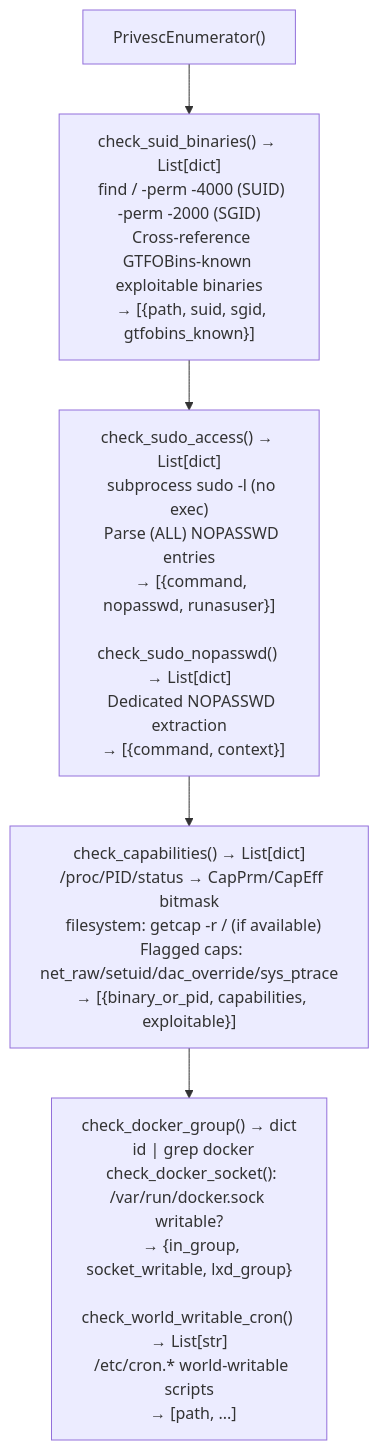
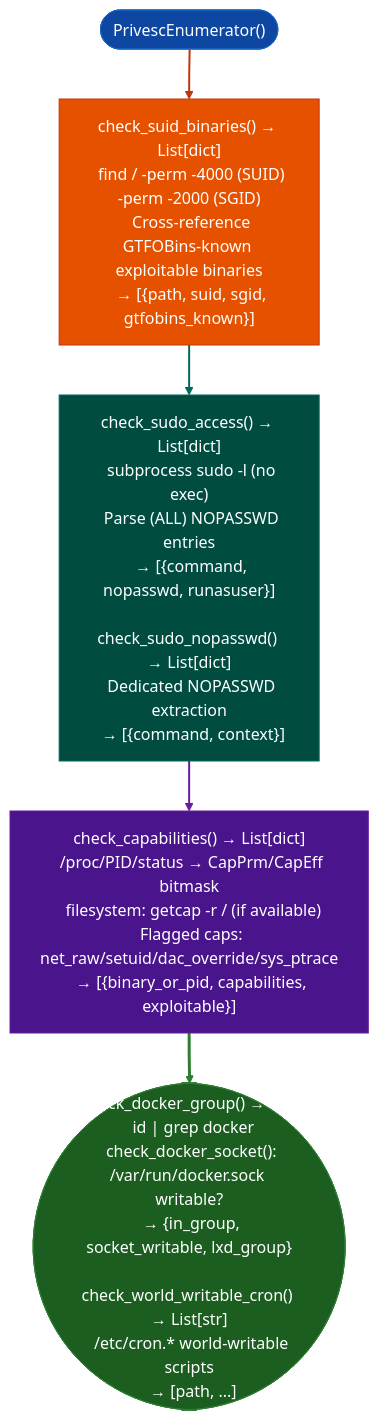
The diagram in docs/reference-modules/linux-privilege-escalation-triage.md (Ablation-Tool/ablation), drawn with Mermaid before and after one commit. The commit also changed 320 other files, not shown here.

First line of the commit message:
docs: apply canonical Mermaid template to all 321 diagrams

````diff
--- a/docs/reference-modules/linux-privilege-escalation-triage.md
+++ b/docs/reference-modules/linux-privilege-escalation-triage.md
@@ -19,7 +19,17 @@
 ```mermaid
 flowchart TD
-    A["PrivescEnumerator()"] --> B["check_suid_binaries() → List[dict]\n  find / -perm -4000 (SUID) -perm -2000 (SGID)\n  Cross-reference GTFOBins-known exploitable binaries\n  → [{path, suid, sgid, gtfobins_known}]"]
-    B --> C["check_sudo_access() → List[dict]\n  subprocess sudo -l (no exec)\n  Parse (ALL) NOPASSWD entries\n  → [{command, nopasswd, runasuser}]\n\ncheck_sudo_nopasswd() → List[dict]\n  Dedicated NOPASSWD extraction\n  → [{command, context}]"]
-    C --> D["check_capabilities() → List[dict]\n  /proc/PID/status → CapPrm/CapEff bitmask\n  filesystem: getcap -r / (if available)\n  Flagged caps: net_raw/setuid/dac_override/sys_ptrace\n  → [{binary_or_pid, capabilities, exploitable}]"]
-    D --> E["check_docker_group() → dict\n  id | grep docker\n  check_docker_socket(): /var/run/docker.sock writable?\n  → {in_group, socket_writable, lxd_group}\n\ncheck_world_writable_cron() → List[str]\n  /etc/cron.* world-writable scripts\n  → [path, ...]"]
+    A(["PrivescEnumerator()"]):::input --> B["check_suid_binaries() → List[dict]\n  find / -perm -4000 (SUID) -perm -2000 (SGID)\n  Cross-reference GTFOBins-known exploitable binaries\n  → [{path, suid, sgid, gtfobins_known}]"]:::primary
+    B:::primary --> C["check_sudo_access() → List[dict]\n  subprocess sudo -l (no exec)\n  Parse (ALL) NOPASSWD entries\n  → [{command, nopasswd, runasuser}]\n\ncheck_sudo_nopasswd() → List[dict]\n  Dedicated NOPASSWD extraction\n  → [{command, context}]"]:::secondary
+    C:::secondary --> D["check_capabilities() → List[dict]\n  /proc/PID/status → CapPrm/CapEff bitmask\n  filesystem: getcap -r / (if available)\n  Flagged caps: net_raw/setuid/dac_override/sys_ptrace\n  → [{binary_or_pid, capabilities, exploitable}]"]:::tertiary
+    D:::tertiary --> E(["check_docker_group() → dict\n  id | grep docker\n  check_docker_socket(): /var/run/docker.sock writable?\n  → {in_group, socket_writable, lxd_group}\n\ncheck_world_writable_cron() → List[str]\n  /etc/cron.* world-writable scripts\n  → [path, ...]"]):::output
+    classDef input     fill:#0d47a1,stroke:#1565c0,color:#fff
+    classDef primary   fill:#e65100,stroke:#bf360c,color:#fff
+    classDef secondary fill:#004d40,stroke:#00695c,color:#fff
+    classDef tertiary  fill:#4a148c,stroke:#6a1b9a,color:#fff
+    classDef neutral   fill:#37474f,stroke:#546e7a,color:#fff
+    classDef output    fill:#1b5e20,stroke:#2e7d32,color:#fff
+    linkStyle 0 stroke:#bf360c,stroke-width:2px
+    linkStyle 1 stroke:#00695c,stroke-width:2px
+    linkStyle 2 stroke:#6a1b9a,stroke-width:2px
+    linkStyle 3 stroke:#2e7d32,stroke-width:3px
 ```
````
